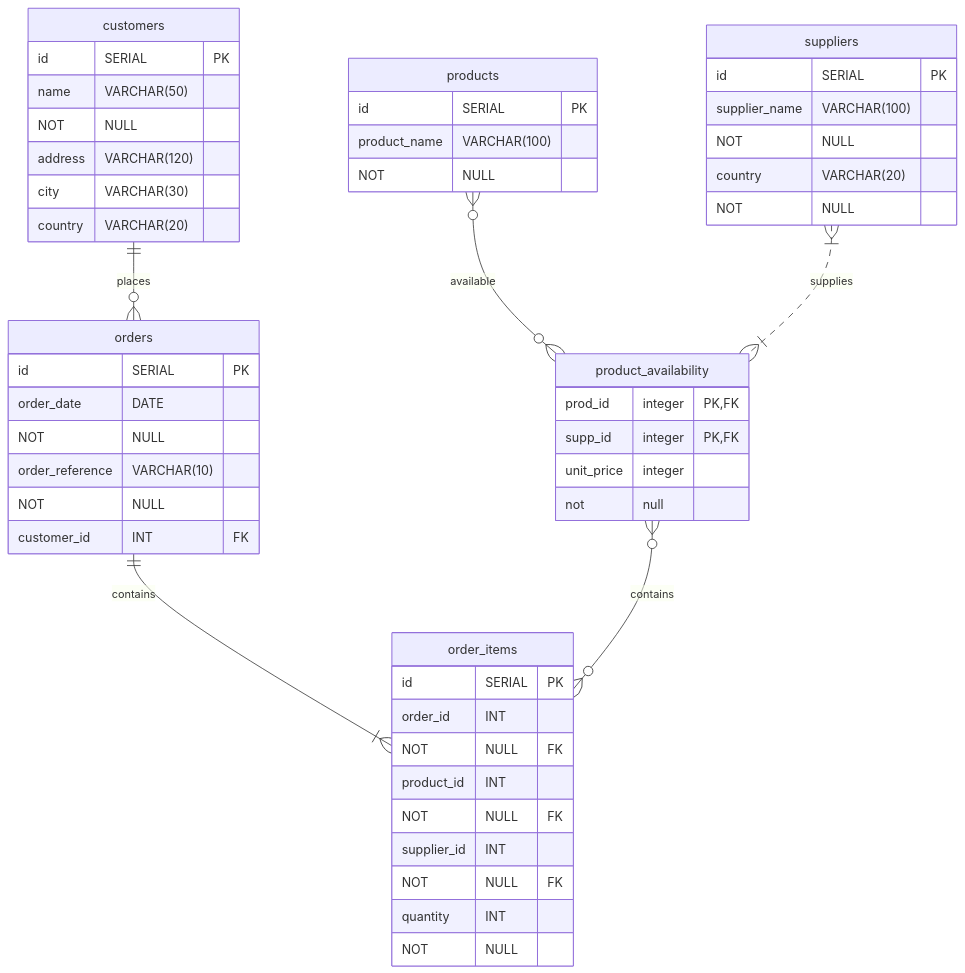
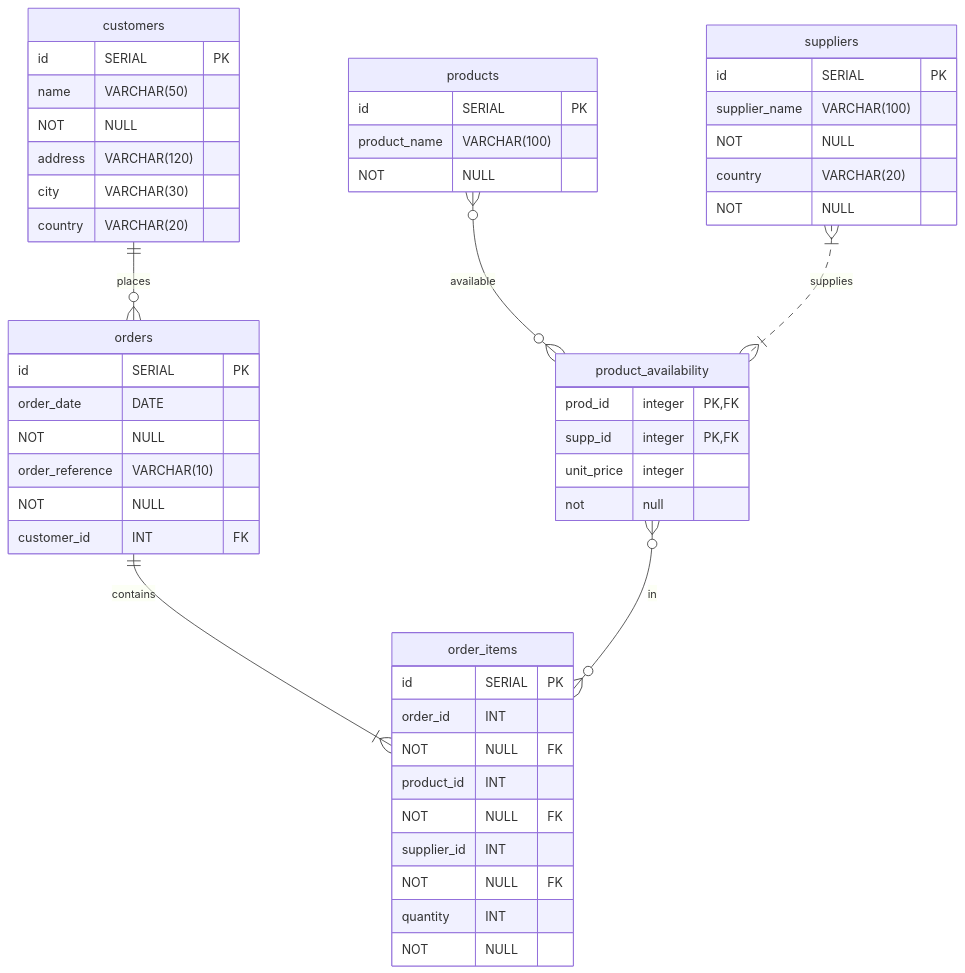
The diagram in E-Commerce/readme.md (CodeYourFuture/Module-Databases), drawn with Mermaid before and after one commit.

Commit message:
erDiagram product_availability and order_items

````diff
--- a/E-Commerce/readme.md
+++ b/E-Commerce/readme.md
@@ -35,47 +35,47 @@
 ```mermaid
 erDiagram
     customers {
 id SERIAL PK
 name VARCHAR(50) NOT NULL
 address VARCHAR(120)
 city VARCHAR(30)
 country VARCHAR(20)
     }
     customers ||--o{ orders : places
     orders {
         id SERIAL PK
     order_date DATE NOT NULL
     order_reference VARCHAR(10) NOT NULL
     customer_id INT FK
     }
     orders ||--|{ order_items : contains
 
 order_items {
 id SERIAL PK
 order_id INT NOT NULL FK
 product_id INT NOT NULL FK
 supplier_id INT NOT NULL FK
 quantity INT NOT NULL
 }
 
 products {
 id SERIAL PK
 product_name VARCHAR(100) NOT NULL}
 
 products }o--o{ product_availability : available
 
 product_availability {
 prod_id integer PK, FK
 supp_id integer PK, FK
 unit_price integer not null
 }
 
 suppliers }|..|{ product_availability : supplies
 
 suppliers {
 id SERIAL PK
 supplier_name VARCHAR(100) NOT NULL
 country VARCHAR(20) NOT NULL
 }
-product_availability }o--o{ order_items : contains
+product_availability }o--o{ order_items : in
 ```
````
